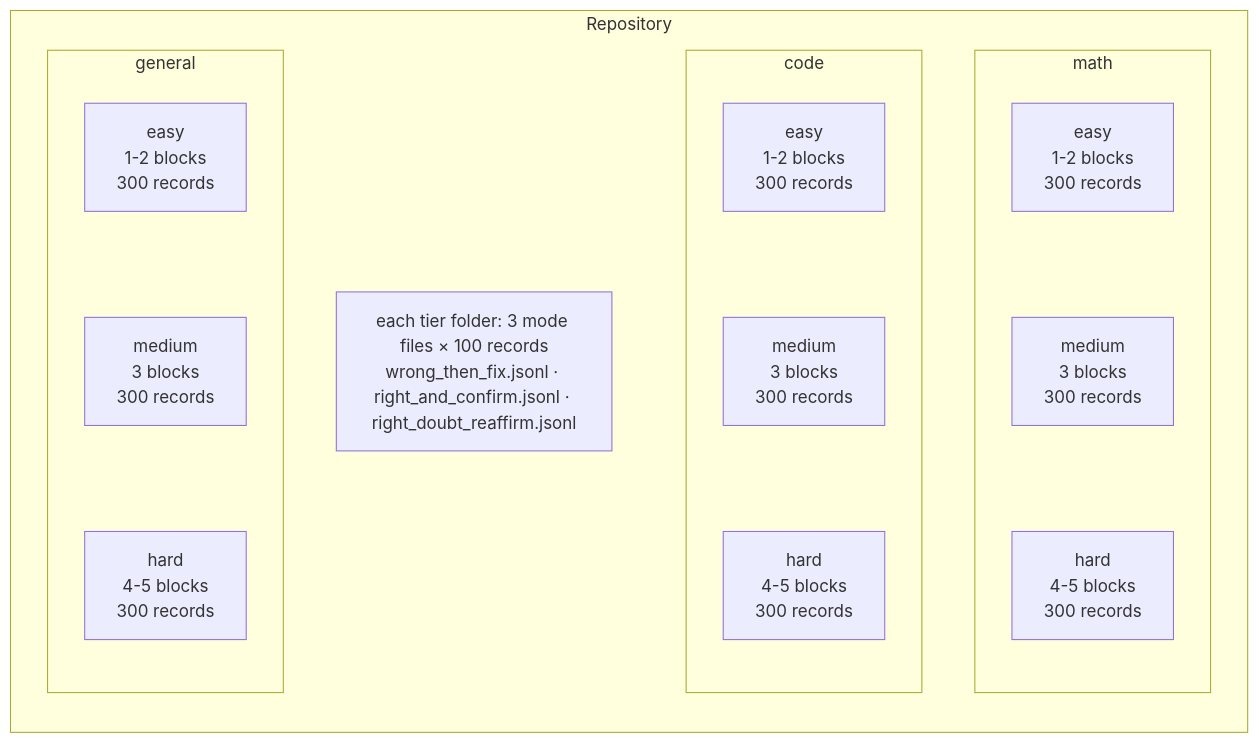
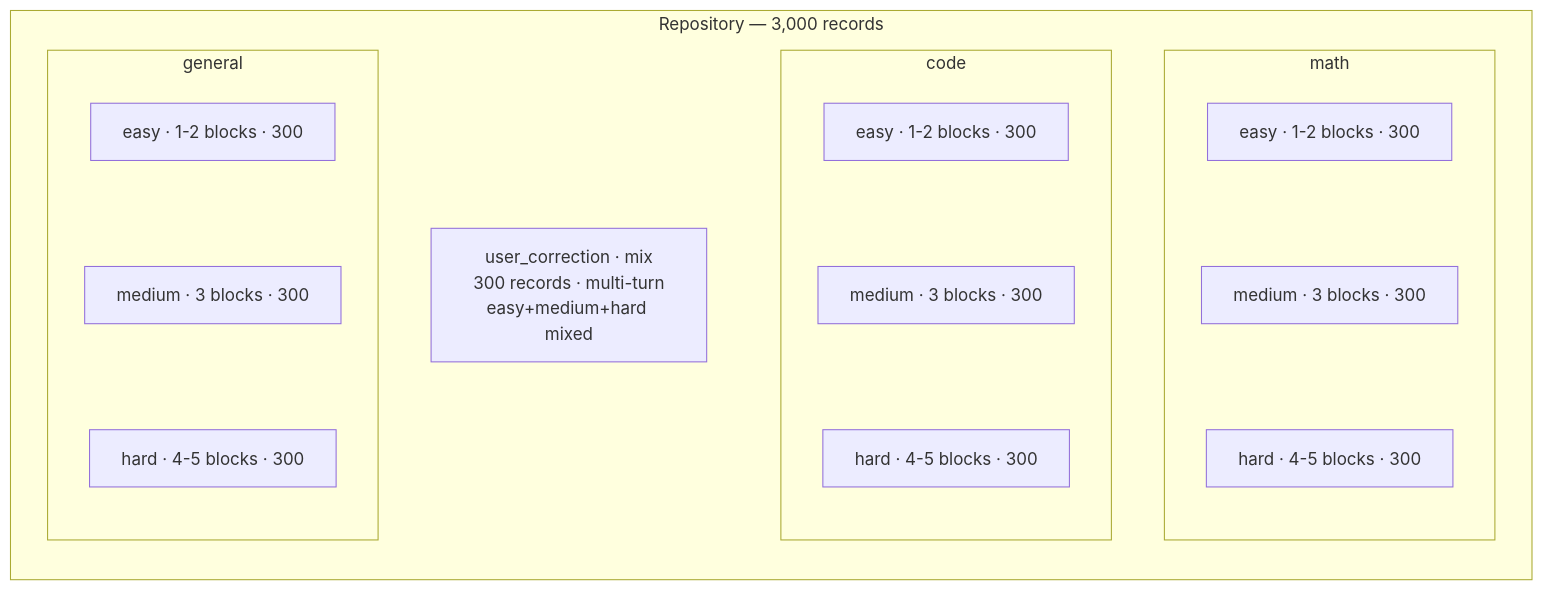
The diagram in README.md (Sbussiso/synthetic-self-correction-and-thinking-samples), drawn with Mermaid before and after one commit. The commit also changed other lines of this file and 15 other files, not shown here.

First line of the commit message:
docs: bring docs and charts up to 3,000 records / 30 files

````diff
--- a/README.md
+++ b/README.md
@@ -17,29 +17,29 @@
 ```mermaid
 graph TB
-    subgraph REPO["Repository"]
+    subgraph REPO["Repository — 3,000 records"]
         direction TB
         subgraph MATH["math"]
             direction TB
-            M_E["easy<br>1-2 blocks<br>300 records"]
-            M_M["medium<br>3 blocks<br>300 records"]
-            M_H["hard<br>4-5 blocks<br>300 records"]
+            M_E["easy · 1-2 blocks · 300"]
+            M_M["medium · 3 blocks · 300"]
+            M_H["hard · 4-5 blocks · 300"]
             M_E ~~~ M_M ~~~ M_H
         end
         subgraph CODE["code"]
             direction TB
-            C_E["easy<br>1-2 blocks<br>300 records"]
-            C_M["medium<br>3 blocks<br>300 records"]
-            C_H["hard<br>4-5 blocks<br>300 records"]
+            C_E["easy · 1-2 blocks · 300"]
+            C_M["medium · 3 blocks · 300"]
+            C_H["hard · 4-5 blocks · 300"]
             C_E ~~~ C_M ~~~ C_H
         end
         subgraph GEN["general"]
             direction TB
-            G_E["easy<br>1-2 blocks<br>300 records"]
-            G_M["medium<br>3 blocks<br>300 records"]
-            G_H["hard<br>4-5 blocks<br>300 records"]
+            G_E["easy · 1-2 blocks · 300"]
+            G_M["medium · 3 blocks · 300"]
+            G_H["hard · 4-5 blocks · 300"]
             G_E ~~~ G_M ~~~ G_H
         end
-        LEAF["each tier folder: 3 mode files × 100 records<br>wrong_then_fix.jsonl · right_and_confirm.jsonl · right_doubt_reaffirm.jsonl"]
+        UC["user_correction · mix<br>300 records · multi-turn<br>easy+medium+hard mixed"]
     end
-    REPO ~~~ LEAF
+    REPO ~~~ UC
 ```
````
